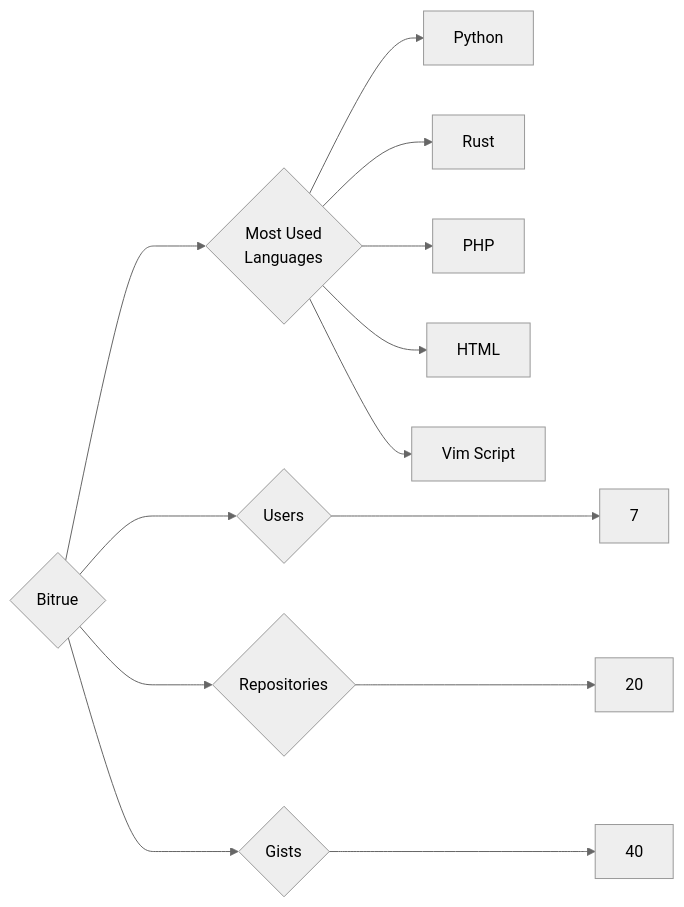
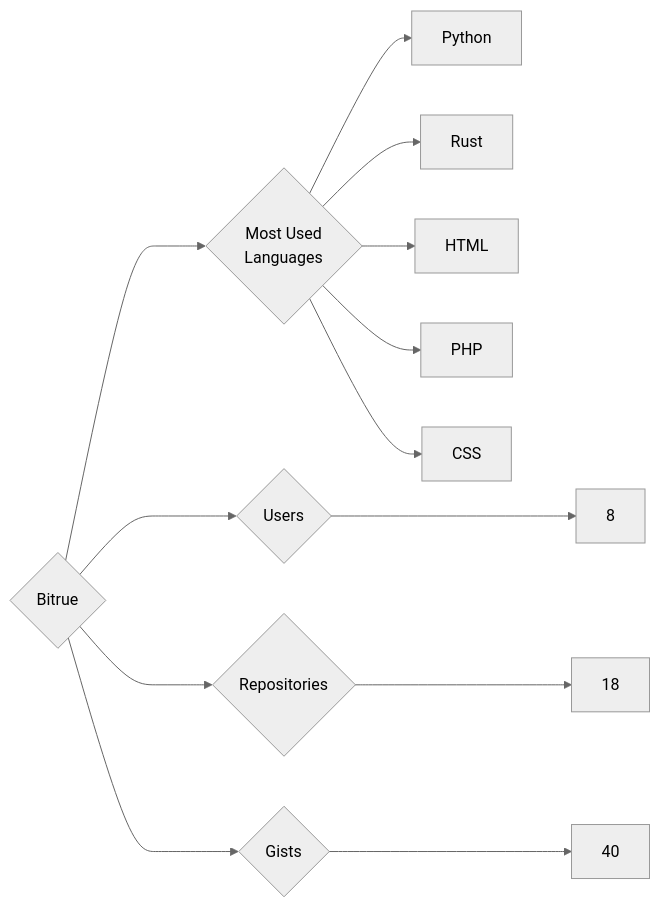
One commit to trickest/insiders changed the diagram in targets/Bitrue/README.md. Above: the diagram before and after it, drawn with Mermaid (neutral theme). The commit also changed 1092 other files, not shown here.

````diff
--- a/targets/Bitrue/README.md
+++ b/targets/Bitrue/README.md
@@ -3,13 +3,13 @@
 ```mermaid
 graph LR
 COMPANY_NAME{Bitrue}
-COMPANY_NAME ---> U{Users} ---> UN[7]
-COMPANY_NAME ---> R{Repositories} ---> RN[20]
+COMPANY_NAME ---> U{Users} ---> UN[8]
+COMPANY_NAME ---> R{Repositories} ---> RN[18]
 COMPANY_NAME ---> G{Gists} ---> GN[40]
 COMPANY_NAME ---> ML{Most Used<br>Languages}
 ML --> Python[Python]
 ML --> Rust[Rust]
+ML --> HTML[HTML]
 ML --> PHP[PHP]
-ML --> HTML[HTML]
-ML --> Vim_Script[Vim Script]
+ML --> CSS[CSS]
 ```
````
